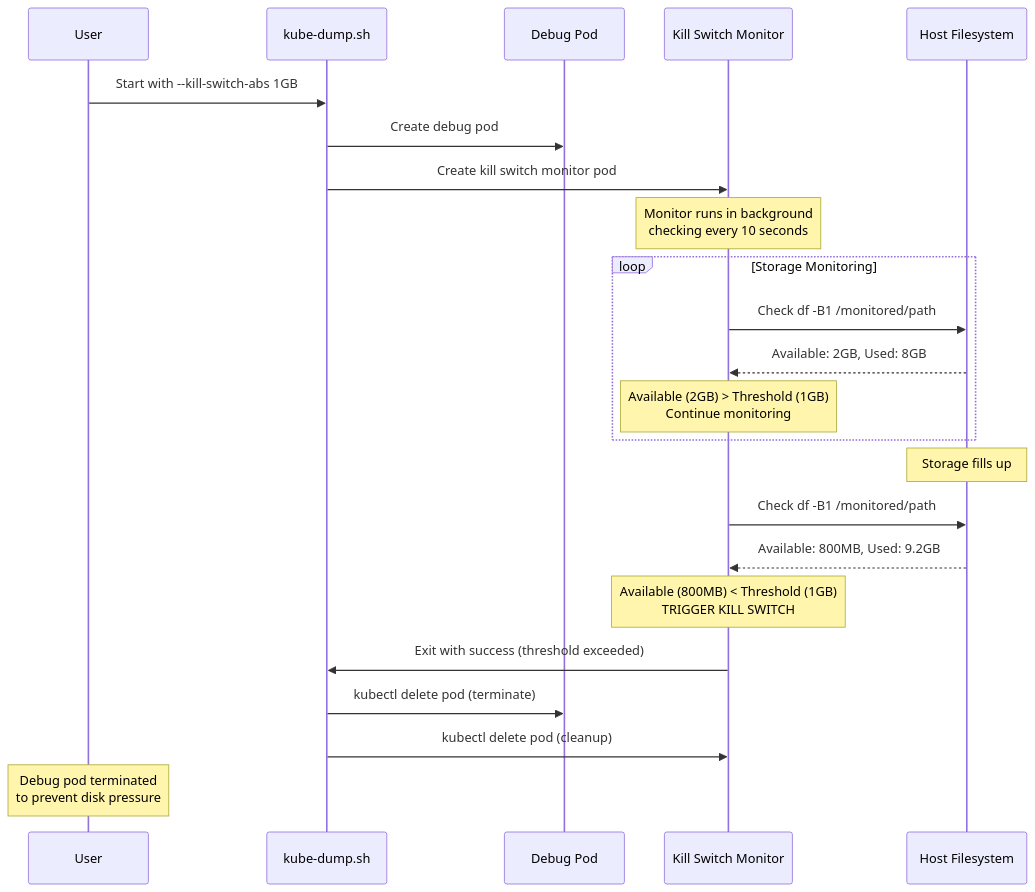
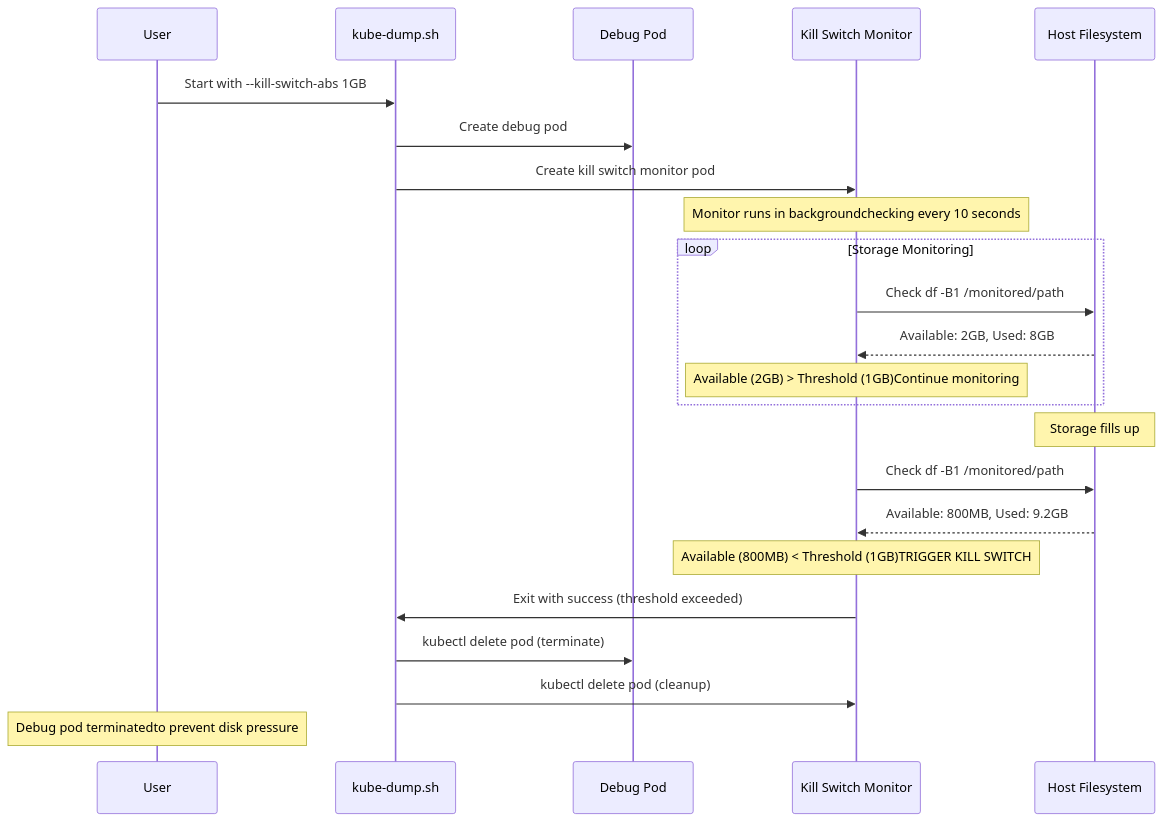
One commit to 8-cm/kube-dump changed the third of 4 diagrams in docs/kube-dump-architecture.md. Above: the diagram before and after it, drawn with Mermaid. The commit also changed other lines of this file and 4 other files, not shown here.

First line of the commit message:
fix: Resolve Mermaid diagram rendering issues for GitHub compatibility

````diff
--- a/docs/kube-dump-architecture.md
+++ b/docs/kube-dump-architecture.md
@@ -164,32 +164,32 @@
 ```mermaid
 sequenceDiagram
     participant User
     participant Script as kube-dump.sh
     participant Debug as Debug Pod
     participant Monitor as Kill Switch Monitor
     participant HostFS as Host Filesystem
     
     User->>Script: Start with --kill-switch-abs 1GB
     Script->>Debug: Create debug pod
     Script->>Monitor: Create kill switch monitor pod
     
-    Note over Monitor: Monitor runs in background<br/>checking every 10 seconds
+    Note over Monitor: Monitor runs in backgroundchecking every 10 seconds
     
     loop Storage Monitoring
         Monitor->>HostFS: Check df -B1 /monitored/path
         HostFS-->>Monitor: Available: 2GB, Used: 8GB
-        Note over Monitor: Available (2GB) > Threshold (1GB)<br/>Continue monitoring
+        Note over Monitor: Available (2GB) > Threshold (1GB)Continue monitoring
     end
     
     Note over HostFS: Storage fills up
     
     Monitor->>HostFS: Check df -B1 /monitored/path
     HostFS-->>Monitor: Available: 800MB, Used: 9.2GB
-    Note over Monitor: Available (800MB) < Threshold (1GB)<br/>TRIGGER KILL SWITCH
+    Note over Monitor: Available (800MB) < Threshold (1GB)TRIGGER KILL SWITCH
     
     Monitor->>Script: Exit with success (threshold exceeded)
     Script->>Debug: kubectl delete pod (terminate)
     Script->>Monitor: kubectl delete pod (cleanup)
     
-    Note over User: Debug pod terminated<br/>to prevent disk pressure
+    Note over User: Debug pod terminatedto prevent disk pressure
 ```
````
